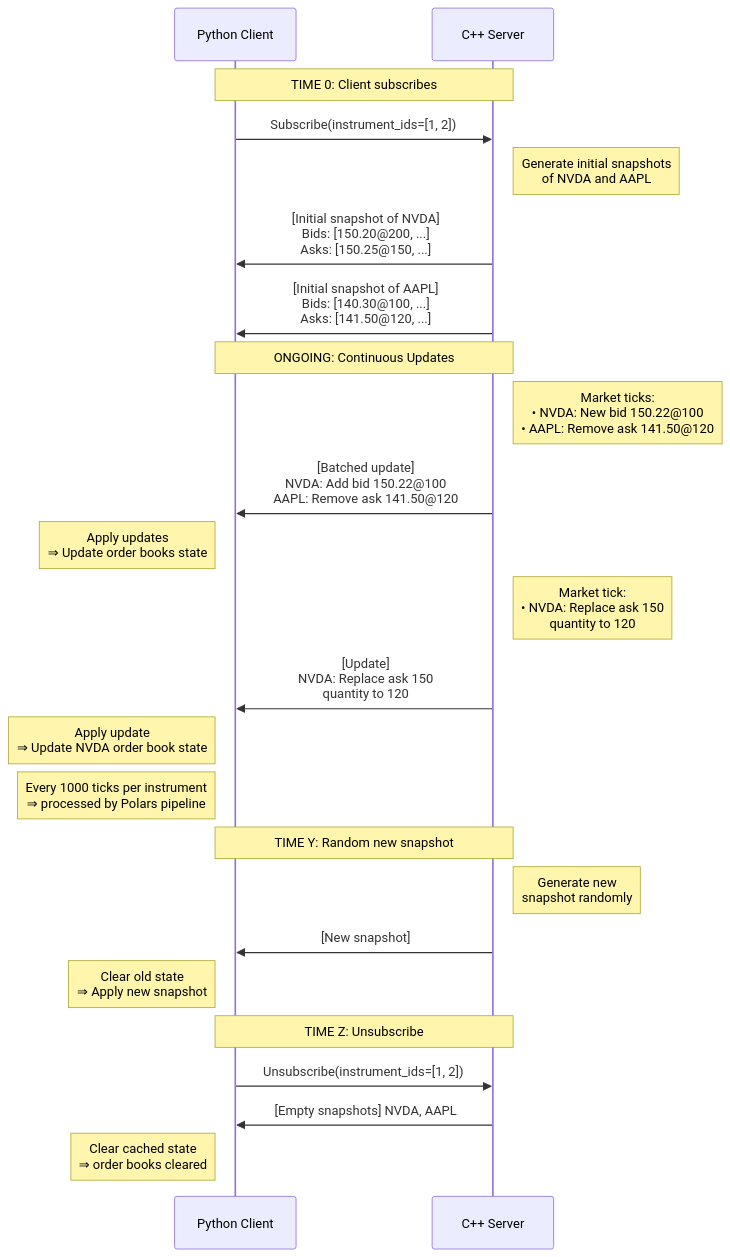
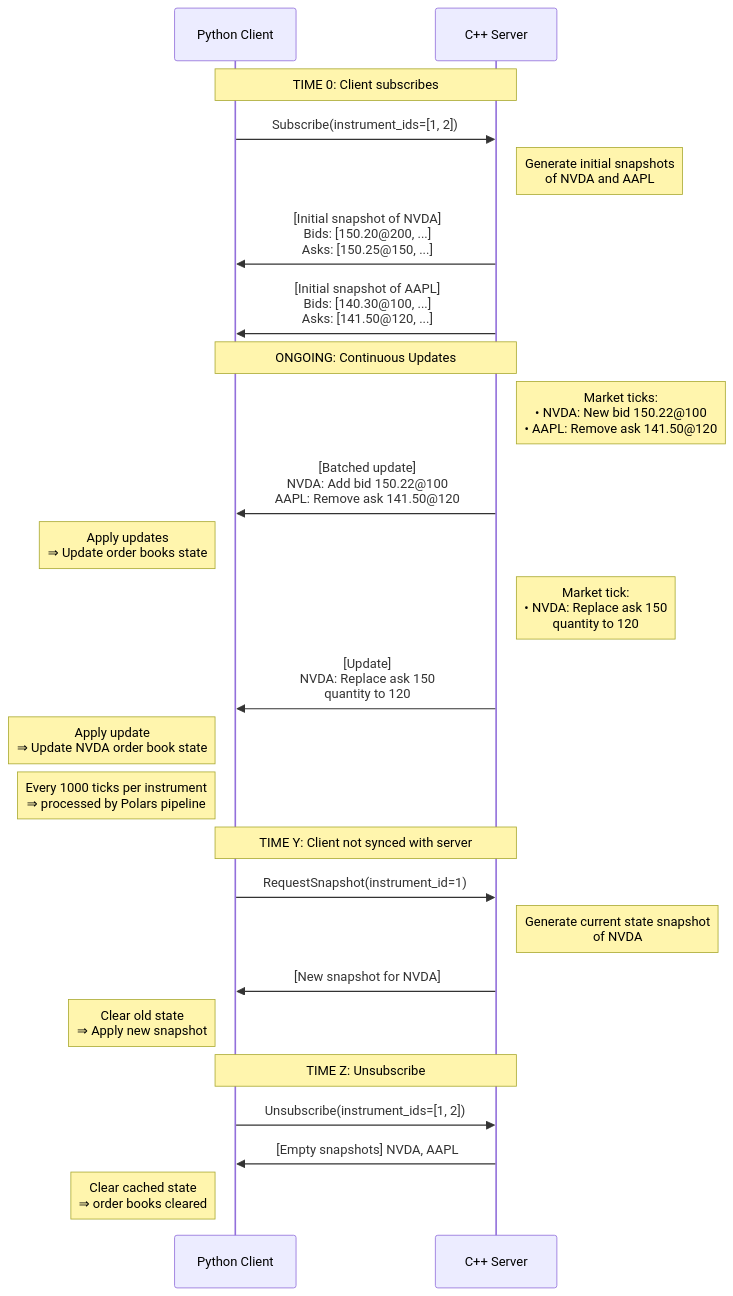
One commit to sephorah/market-data-pipeline changed the second of 2 diagrams in README.md. Above: the diagram before and after it, drawn with Mermaid. The commit also changed other lines of this file and 1 other file, not shown here.

Commit message:
chore: update architectyure and sequence diagram

````diff
--- a/README.md
+++ b/README.md
@@ -77,36 +83,37 @@
 ```mermaid
 sequenceDiagram
     participant python_client as Python Client
     participant cpp_server as C++ Server
     
     Note over python_client,cpp_server: TIME 0: Client subscribes
     
     python_client->>cpp_server: Subscribe(instrument_ids=[1, 2])
     Note right of cpp_server: Generate initial snapshots<br/>of NVDA and AAPL
     cpp_server->>python_client: [Initial snapshot of NVDA]<br/>Bids: [150.20@200, ...]<br/>Asks: [150.25@150, ...]
     cpp_server->>python_client: [Initial snapshot of AAPL]<br/>Bids: [140.30@100, ...]<br/>Asks: [141.50@120, ...]
 
     Note over python_client,cpp_server: ONGOING: Continuous Updates
     
     Note right of cpp_server: Market ticks:<br/>• NVDA: New bid 150.22@100<br/>• AAPL: Remove ask 141.50@120
     cpp_server->>python_client: [Batched update]<br/>NVDA: Add bid 150.22@100<br/>AAPL: Remove ask 141.50@120
     Note left of python_client: Apply updates<br/>⇒ Update order books state
     
     Note right of cpp_server: Market tick:<br/>• NVDA: Replace ask 150<br/>quantity to 120
     cpp_server->>python_client: [Update] <br/>NVDA: Replace ask 150<br/>quantity to 120
     Note left of python_client: Apply update<br/>⇒ Update NVDA order book state
     
     Note left of python_client: Every 1000 ticks per instrument<br/>⇒ processed by Polars pipeline
     
-    Note over python_client,cpp_server: TIME Y: Random new snapshot
+    Note over python_client,cpp_server: TIME Y: Client not synced with server
     
-    Note right of cpp_server: Generate new<br/>snapshot randomly
-    cpp_server->>python_client: [New snapshot]
+    python_client->>cpp_server: RequestSnapshot(instrument_id=1)
+    Note right of cpp_server: Generate current state snapshot<br/>of NVDA
+    cpp_server->>python_client: [New snapshot for NVDA]
     Note left of python_client: Clear old state<br/>⇒ Apply new snapshot
     
     Note over python_client,cpp_server: TIME Z: Unsubscribe
     
     python_client->>cpp_server: Unsubscribe(instrument_ids=[1, 2])
     cpp_server->>python_client: [Empty snapshots] NVDA, AAPL
     Note left of python_client: Clear cached state<br/>⇒ order books cleared
 ```
````
